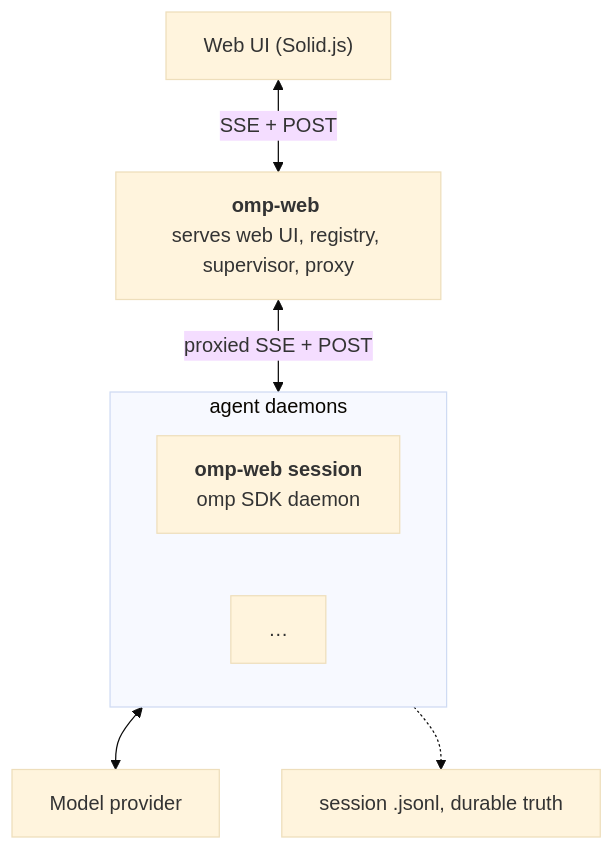
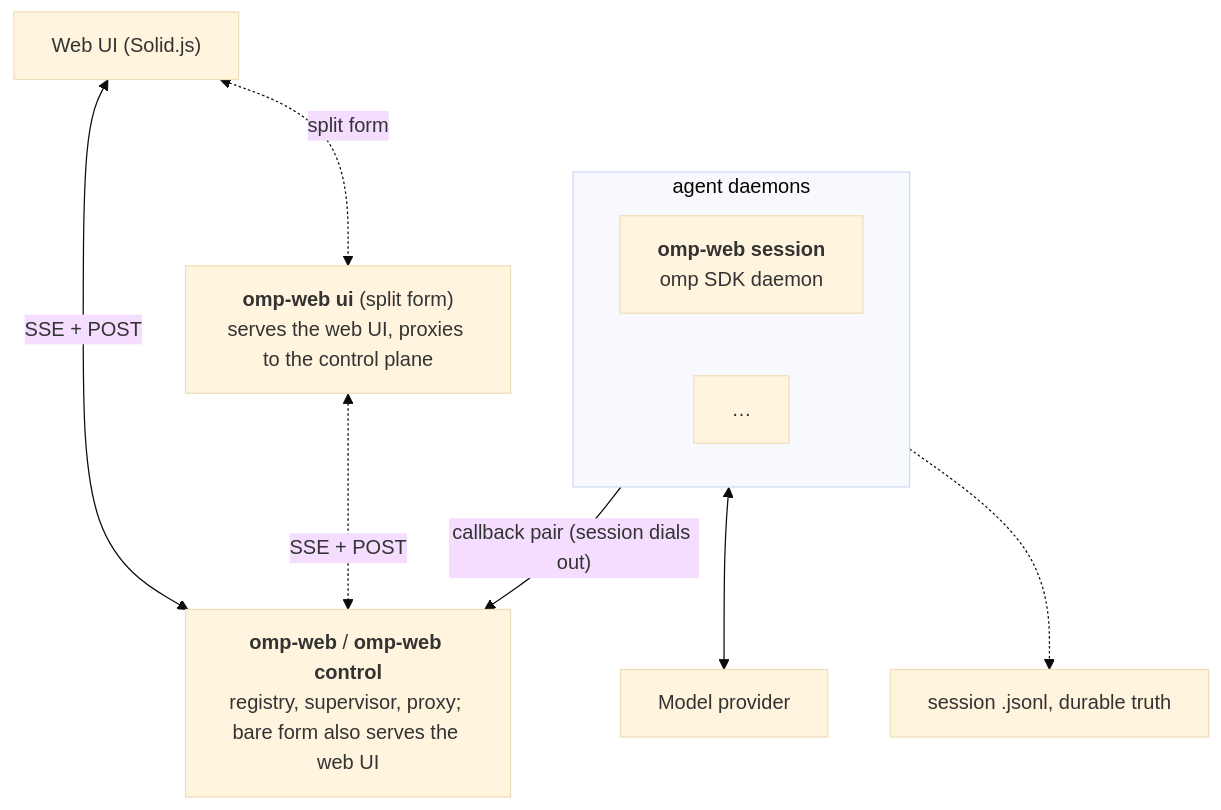
The diagram in README.md (nibblebot/omp-web), drawn with Mermaid (base theme) before and after one commit. The commit also changed other lines of this file and 69 other files, not shown here.

````diff
--- a/README.md
+++ b/README.md
@@ -30,17 +44,20 @@
 ```mermaid
 flowchart TB
   browser["Web UI (Solid.js)"]
-  fleet["<b>omp-web</b> <br/>serves web UI, registry, supervisor, proxy"]
+  fleet["<b>omp-web</b> / <b>omp-web control</b><br/>registry, supervisor, proxy; bare form also serves the web UI"]
+  uiproc["<b>omp-web ui</b> (split form)<br/>serves the web UI, proxies to the control plane"]
   model["Model provider"]
   log["session .jsonl, durable truth"]
 
   subgraph daemons["agent daemons"]
     daemon1["<b>omp-web session</b> <br/>omp SDK daemon"]
     dots["…"]
   end
 
   browser <-->|"SSE + POST"| fleet
-  fleet <-->|"proxied SSE + POST"| daemons
+  browser <-.->|"split form"| uiproc
+  uiproc <-.->|"SSE + POST"| fleet
+  daemons -->|"callback pair (session dials out)"| fleet
   daemons <--> model
   daemons -.-> log
 ```
````
